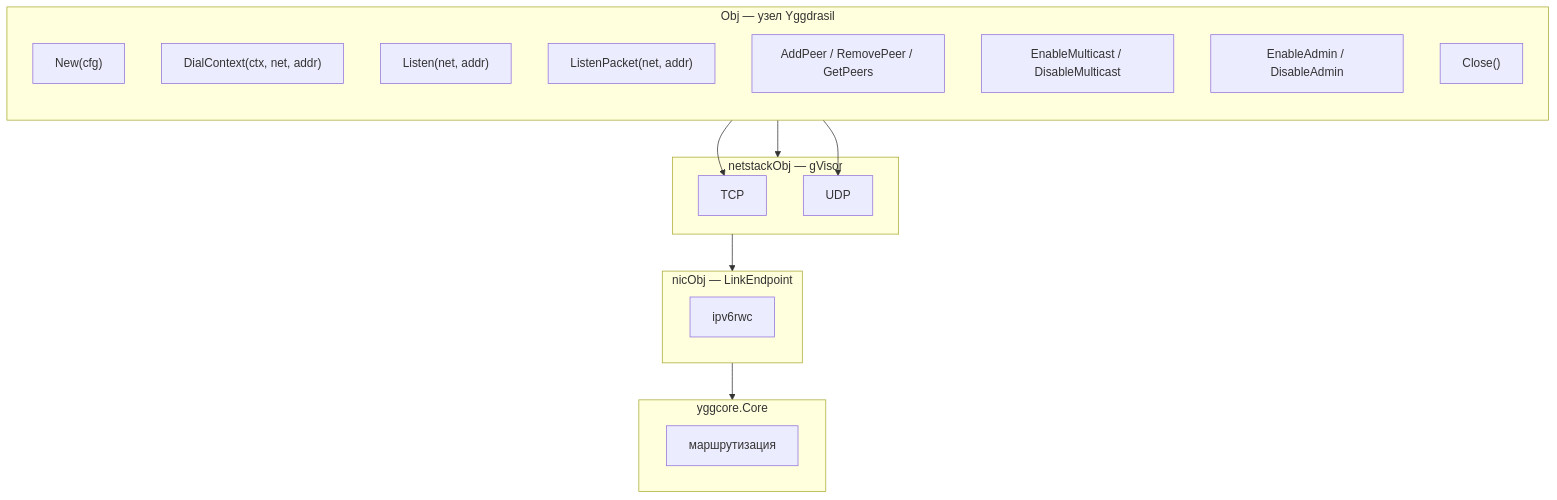
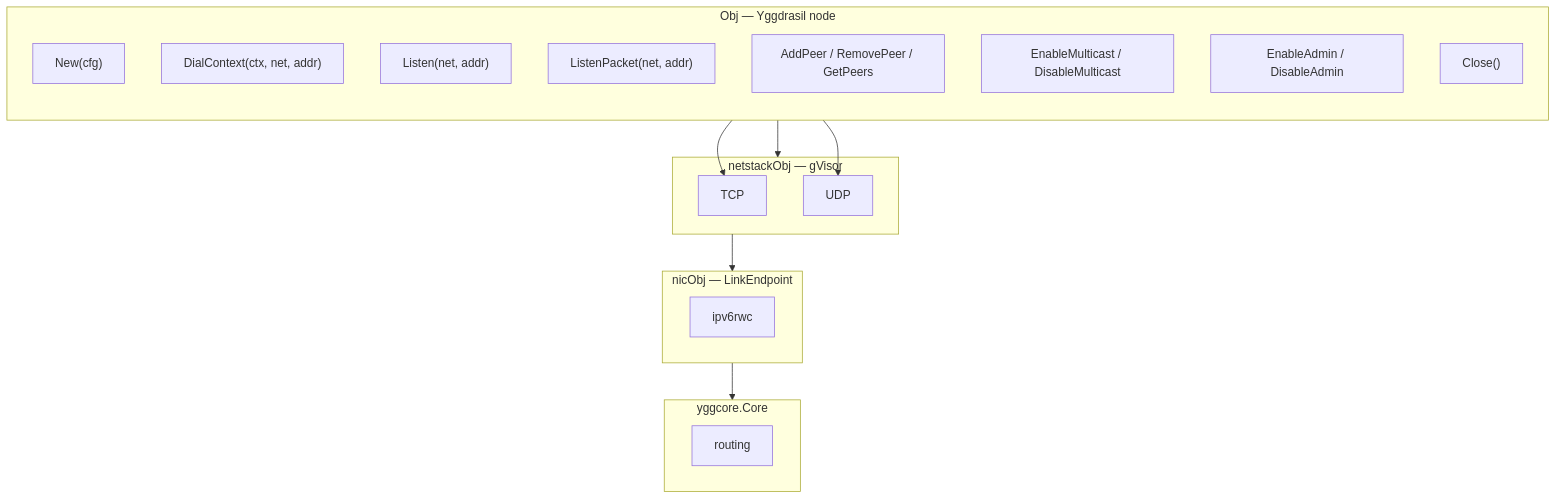
Before and after one commit to voluminor/ratatoskr: the first of 2 diagrams in mod/core/README.md, drawn with Mermaid. The commit also changed other lines of this file and 6 other files, not shown here.

````diff
--- a/mod/core/README.md
+++ b/mod/core/README.md
@@ -26,33 +26,33 @@
 ```mermaid
 flowchart TB
-    subgraph Obj["Obj — узел Yggdrasil"]
+    subgraph Obj["Obj — Yggdrasil node"]
         direction TB
         New["New(cfg)"]
         Dial["DialContext(ctx, net, addr)"]
         Lis["Listen(net, addr)"]
         LisP["ListenPacket(net, addr)"]
         Peers["AddPeer / RemovePeer / GetPeers"]
         MC["EnableMulticast / DisableMulticast"]
         Adm["EnableAdmin / DisableAdmin"]
         Close["Close()"]
     end
 
     subgraph Netstack["netstackObj — gVisor"]
         TCP["TCP"]
         UDP["UDP"]
     end
 
     subgraph NIC["nicObj — LinkEndpoint"]
         RW["ipv6rwc"]
     end
 
     subgraph Core["yggcore.Core"]
-        Routing["маршрутизация"]
+        Routing["routing"]
     end
 
     Dial --> Netstack
     Lis --> TCP
     LisP --> UDP
     Netstack --> NIC
     NIC --> Core
 ```
````
